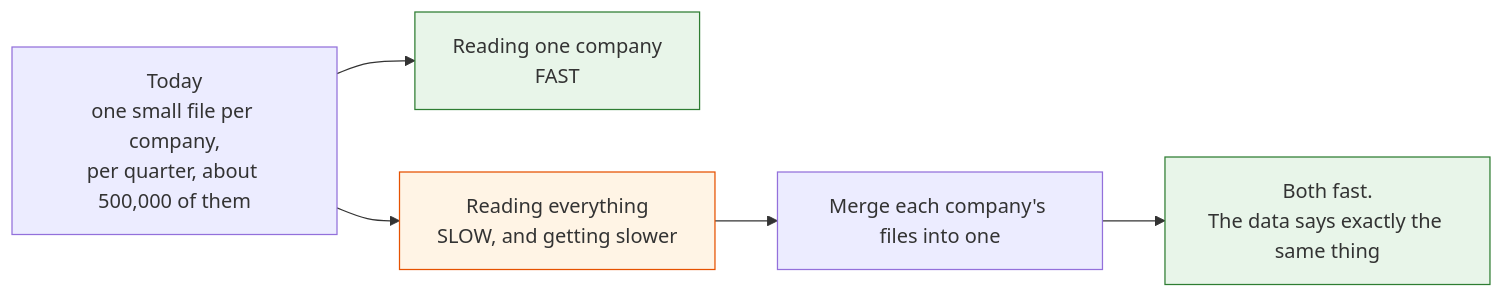
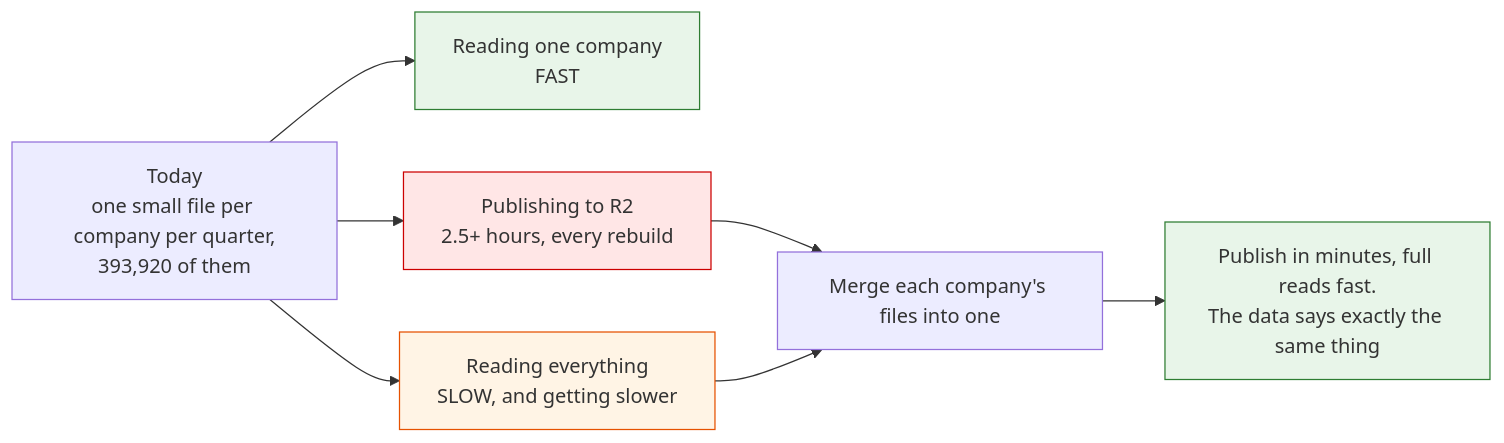
One commit to g784dwcd2r-crypto/H changed diagram 14 of 41 in docs/steps.md. Above: the diagram before and after it, drawn with Mermaid. The commit also changed other lines of this file, not shown here.

````diff
--- a/docs/steps.md
+++ b/docs/steps.md
@@ -467,10 +473,13 @@
 ```mermaid
 flowchart LR
-    NOW["Today<br/>one small file per company,<br/>per quarter, about 500,000 of them"] --> ONE["Reading one company<br/>FAST"]
+    NOW["Today<br/>one small file per company per quarter,<br/>393,920 of them"] --> ONE["Reading one company<br/>FAST"]
+    NOW --> PUB["Publishing to R2<br/>2.5+ hours, every rebuild"]
     NOW --> ALL["Reading everything<br/>SLOW, and getting slower"]
-    ALL --> MERGE["Merge each company's files into one"]
-    MERGE --> BOTH["Both fast.<br/>The data says exactly the same thing"]
+    PUB --> MERGE["Merge each company's files into one"]
+    ALL --> MERGE
+    MERGE --> BOTH["Publish in minutes, full reads fast.<br/>The data says exactly the same thing"]
     style ONE fill:#e8f5e9,stroke:#2e7d32
+    style PUB fill:#ffe6e6,stroke:#cc0000
     style ALL fill:#fff4e5,stroke:#e65100
     style BOTH fill:#e8f5e9,stroke:#2e7d32
 ```
````
